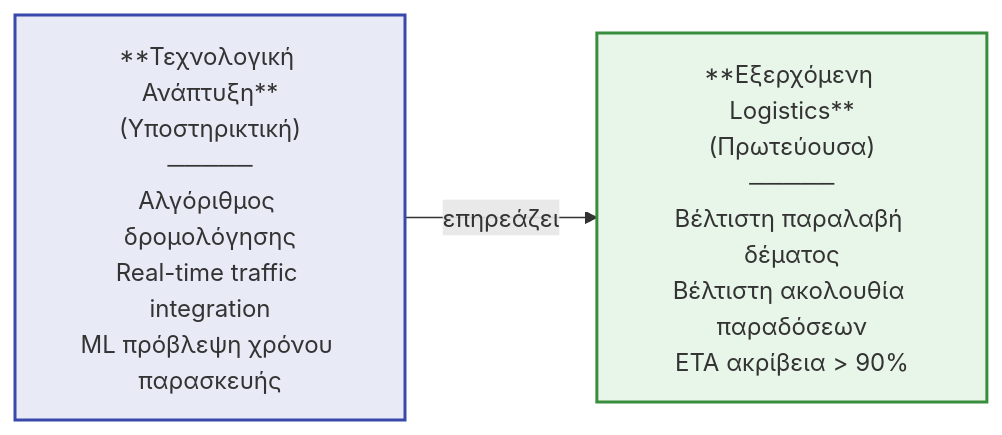
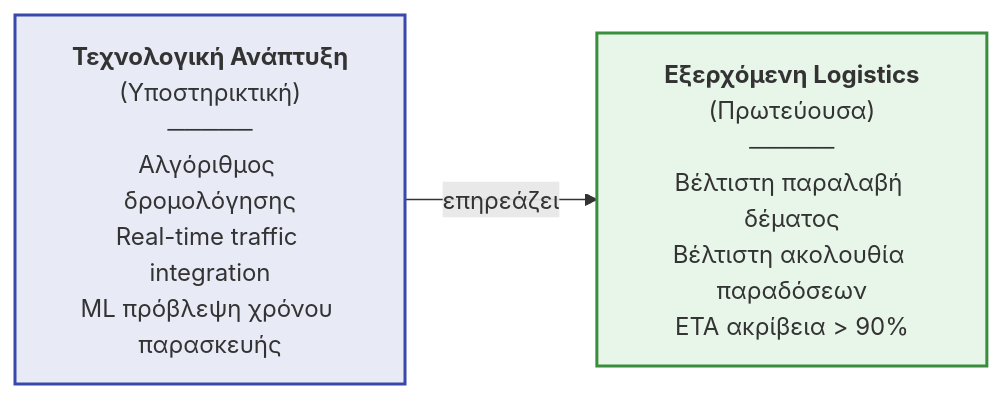
The diagram in msc/img/lecture2/diag_efood.mmd (tsadimas-wa/dss-data-analytics), drawn with Mermaid before and after one commit. The commit also changed 8 other files, not shown here.

First line of the commit message:
docs(lecture2): enhance content and diagram formatting

```diff
--- a/msc/img/lecture2/diag_efood.mmd
+++ b/msc/img/lecture2/diag_efood.mmd
@@ -1,5 +1,5 @@
 flowchart LR
-    A["**Τεχνολογική Ανάπτυξη**\n(Υποστηρικτική)\n─────\nΑλγόριθμος δρομολόγησης\nReal-time traffic integration\nML πρόβλεψη χρόνου παρασκευής"]
-    -->|"επηρεάζει"| B["**Εξερχόμενη Logistics**\n(Πρωτεύουσα)\n─────\nΒέλτιστη παραλαβή δέματος\nΒέλτιστη ακολουθία παραδόσεων\nETA ακρίβεια > 90%"]
+    A["<b>Τεχνολογική Ανάπτυξη</b>\n(Υποστηρικτική)\n─────\nΑλγόριθμος δρομολόγησης\nReal-time traffic integration\nML πρόβλεψη χρόνου παρασκευής"]
+    -->|"επηρεάζει"| B["<b>Εξερχόμενη Logistics</b>\n(Πρωτεύουσα)\n─────\nΒέλτιστη παραλαβή δέματος\nΒέλτιστη ακολουθία παραδόσεων\nETA ακρίβεια > 90%"]
     style A fill:#E8EAF6,stroke:#3949AB,stroke-width:2px
     style B fill:#E8F5E9,stroke:#388E3C,stroke-width:2px
```
